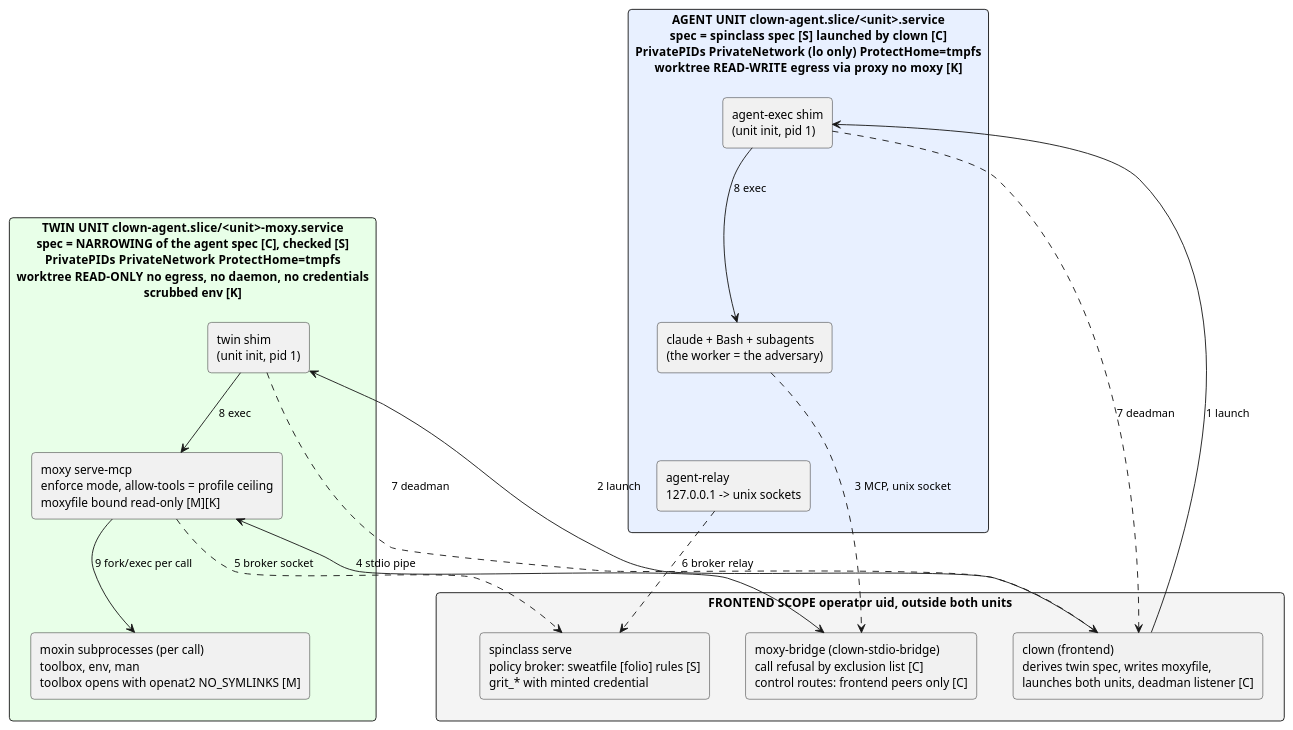
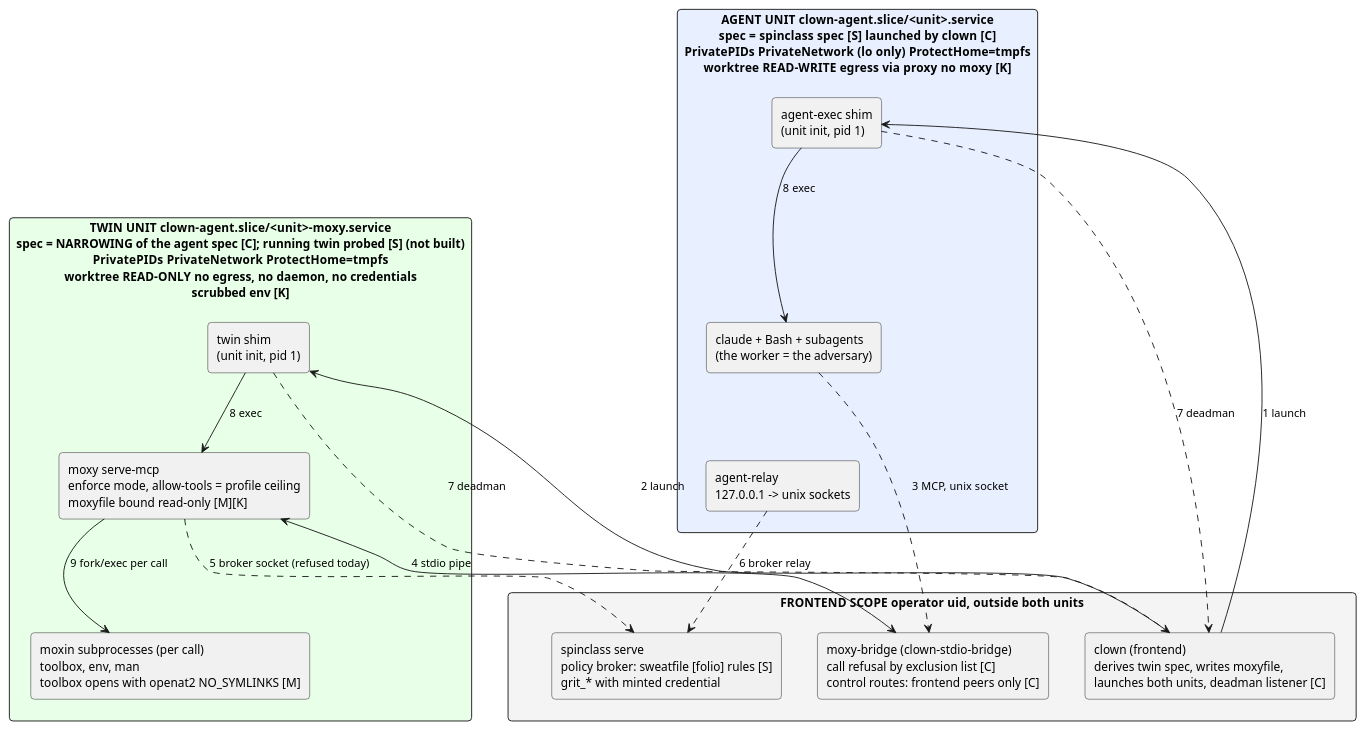
One commit to amarbel-llc/clown changed the diagram in docs/plans/2026-11-03-structural-moxy-confined-v2.puml. Above: the diagram before and after it, drawn with PlantUML. The commit also changed 2 other files, not shown here.

Commit message:
docs: structural-moxy note takes spinclass's five corrections (broker refuses a twin today, no spec-narrowing check, one-unit machinery, new field uncompared, R3' placement report); diagram re-rendered

```diff
--- a/docs/plans/2026-11-03-structural-moxy-confined-v2.puml
+++ b/docs/plans/2026-11-03-structural-moxy-confined-v2.puml
@@ -1,54 +1,54 @@
 @startuml structural-moxy-confined-v2
 ' V2: moxy in a sibling ("twin") unit. Design diagram; nothing here is built.
 ' Edge numbers key into the table in the design note. [S] spinclass, [C] clown,
 ' [K] kernel/systemd, [M] moxy/broker enforce the rule on that element.
 skinparam shadowing false
 skinparam defaultFontSize 13
 skinparam rectangle {
   RoundCorner 8
 }
 skinparam ArrowFontSize 12
 skinparam nodesep 40
 skinparam ranksep 70
 
 rectangle "AGENT UNIT   clown-agent.slice/<unit>.service\nspec = spinclass spec [S]   launched by clown [C]\nPrivatePIDs  PrivateNetwork (lo only)  ProtectHome=tmpfs\nworktree READ-WRITE  egress via proxy  no moxy [K]" as AU #E8F0FF {
   rectangle "agent-exec shim\n(unit init, pid 1)" as SHIM1
   rectangle "claude + Bash + subagents\n(the worker = the adversary)" as CLAUDE
   rectangle "agent-relay\n127.0.0.1 -> unix sockets" as RELAY
 }
 
-rectangle "TWIN UNIT   clown-agent.slice/<unit>-moxy.service\nspec = NARROWING of the agent spec [C], checked [S]\nPrivatePIDs  PrivateNetwork  ProtectHome=tmpfs\nworktree READ-ONLY  no egress, no daemon, no credentials\nscrubbed env [K]" as TU #E8FFE8 {
+rectangle "TWIN UNIT   clown-agent.slice/<unit>-moxy.service\nspec = NARROWING of the agent spec [C]; running twin probed [S] (not built)\nPrivatePIDs  PrivateNetwork  ProtectHome=tmpfs\nworktree READ-ONLY  no egress, no daemon, no credentials\nscrubbed env [K]" as TU #E8FFE8 {
   rectangle "twin shim\n(unit init, pid 1)" as SHIM2
   rectangle "moxy serve-mcp\nenforce mode, allow-tools = profile ceiling\nmoxyfile bound read-only [M][K]" as MOXY
   rectangle "moxin subprocesses (per call)\ntoolbox, env, man\ntoolbox opens with openat2 NO_SYMLINKS [M]" as MOXINS
 }
 
 rectangle "FRONTEND SCOPE   operator uid, outside both units" as FE #F4F4F4 {
   rectangle "clown (frontend)\nderives twin spec, writes moxyfile,\nlaunches both units, deadman listener [C]" as CLOWN
   rectangle "moxy-bridge (clown-stdio-bridge)\ncall refusal by exclusion list [C]\ncontrol routes: frontend peers only [C]" as BRIDGE
   rectangle "spinclass serve\npolicy broker: sweatfile [folio] rules [S]\ngrit_* with minted credential" as SERVE
 }
 
 AU -[hidden]right- TU
 SHIM1 -[hidden]right- SHIM2
 CLAUDE -[hidden]down- RELAY
 SHIM1 -[hidden]down- CLAUDE
 SHIM2 -[hidden]down- MOXY
 MOXY -[hidden]down- MOXINS
 AU -[hidden]down- FE
 TU -[hidden]down- FE
 CLOWN -[hidden]right- BRIDGE
 BRIDGE -[hidden]right- SERVE
 
 CLOWN -up-> SHIM1 : 1 launch
 CLOWN -up-> SHIM2 : 2 launch
 CLAUDE ..> BRIDGE : 3 MCP, unix socket
 BRIDGE <-up-> MOXY : 4 stdio pipe
-MOXY ..> SERVE : 5 broker socket
+MOXY ..> SERVE : 5 broker socket (refused today)
 RELAY ..> SERVE : 6 broker relay
 SHIM1 -down-> CLAUDE : 8 exec
 SHIM2 -down-> MOXY : 8 exec
 MOXY -down-> MOXINS : 9 fork/exec per call
 SHIM1 ..> CLOWN : 7 deadman
 SHIM2 ..> CLOWN : 7 deadman
 @enduml
```
